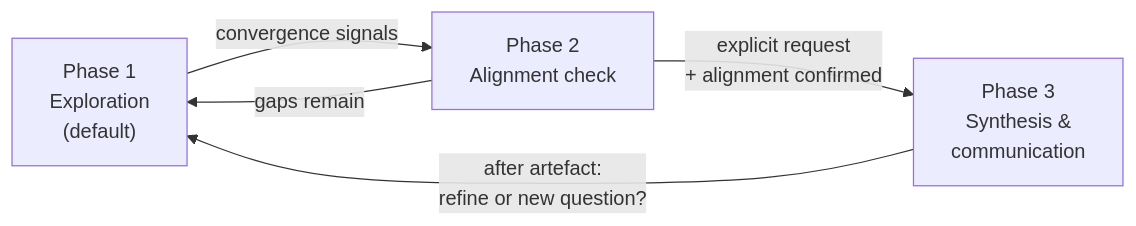
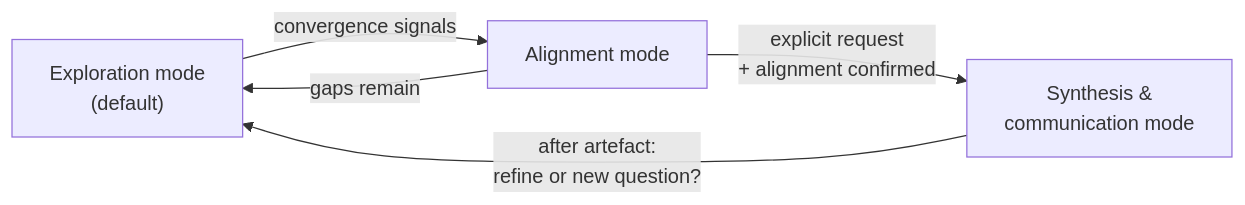
The diagram in skills/semantic-consulting-coach/SKILL.md (meaningfy-ws/skillery), drawn with Mermaid before and after one commit. The commit also changed other lines of this file and 4 other files, not shown here.

````diff
--- a/skills/semantic-consulting-coach/SKILL.md
+++ b/skills/semantic-consulting-coach/SKILL.md
@@ -56,10 +86,10 @@
 ```mermaid
 flowchart LR
-    explore["Phase 1<br/>Exploration<br/>(default)"]
-    align["Phase 2<br/>Alignment check"]
-    synth["Phase 3<br/>Synthesis &<br/>communication"]
+    explore["Exploration mode<br/>(default)"]
+    align["Alignment mode"]
+    synth["Synthesis &<br/>communication mode"]
     explore -->|convergence signals| align
     align -->|"explicit request<br/>+ alignment confirmed"| synth
     synth -->|"after artefact:<br/>refine or new question?"| explore
     align -->|gaps remain| explore
 ```
````
